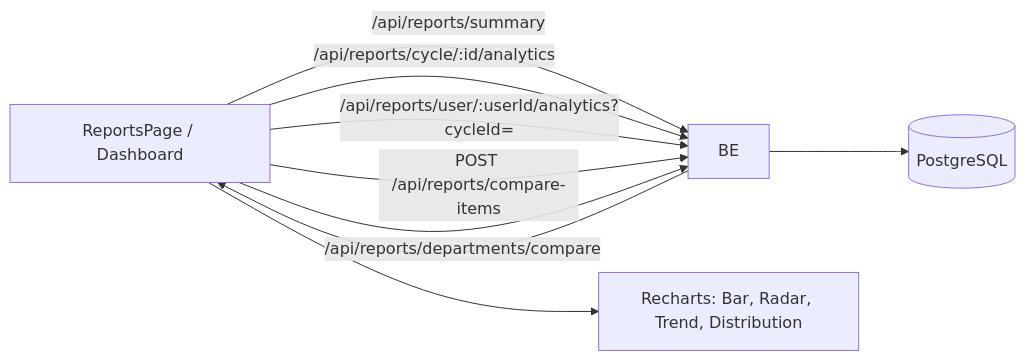
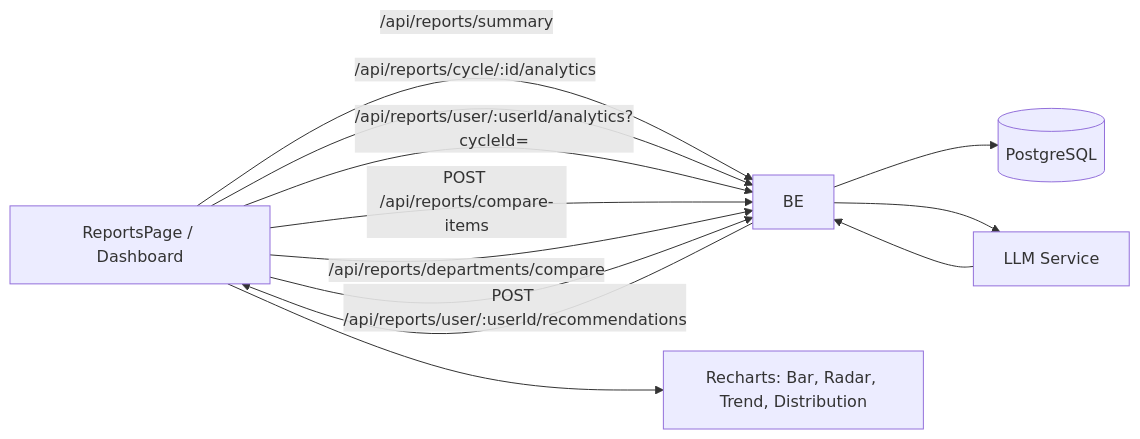
One commit to chastnik/360 changed the seventh of 9 diagrams in README.md. Above: the diagram before and after it, drawn with Mermaid. The commit also changed other lines of this file, not shown here.

Commit message:
Актуализирован README: обновлены все схемы БД, архитектурные диаграммы, API документация и разделы безопасности

````diff
--- a/README.md
+++ b/README.md
@@ -520,11 +618,14 @@
 ```mermaid
 flowchart LR
   FE[ReportsPage / Dashboard] -->|/api/reports/summary| BE
   FE -->|/api/reports/cycle/:id/analytics| BE
   FE -->|/api/reports/user/:userId/analytics?cycleId=| BE
   FE -->|POST /api/reports/compare-items| BE
   FE -->|/api/reports/departments/compare| BE
+  FE -->|POST /api/reports/user/:userId/recommendations| BE
   BE --> DB[(PostgreSQL)]
+  BE --> LLM[LLM Service]
+  LLM --> BE
   BE --> FE
   FE --> Charts[Recharts: Bar, Radar, Trend, Distribution]
 ```
````
